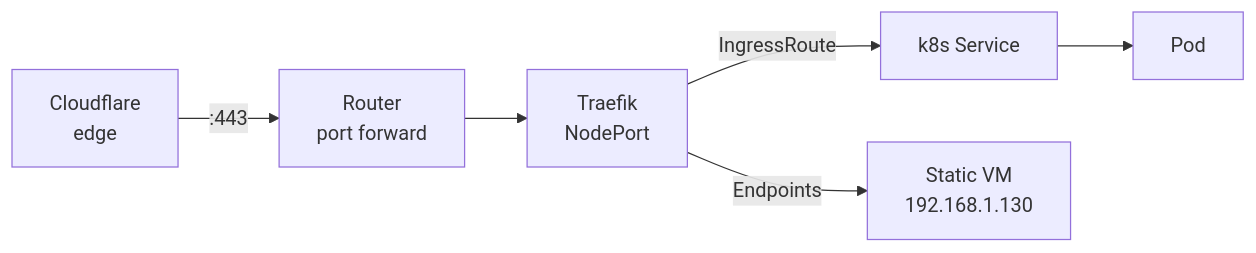
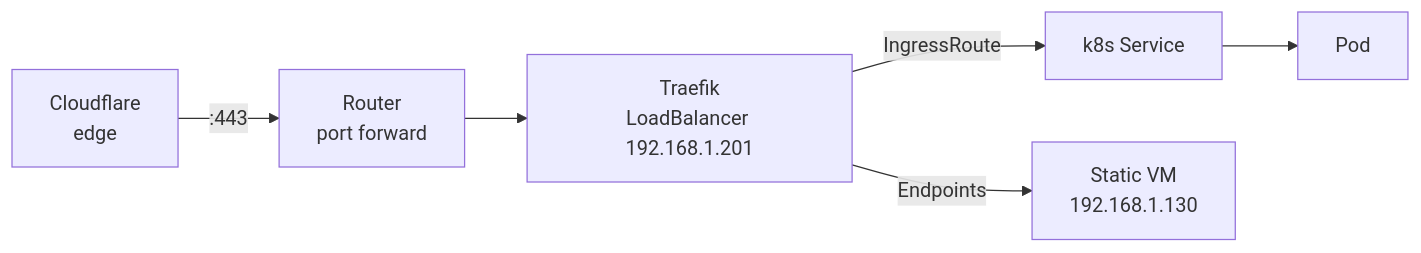
Before and after one commit to Ramphy0x90/r16a-infra: the third of 3 diagrams in kubernetes.md, drawn with Mermaid. The commit also changed other lines of this file and 2 other files, not shown here.

````diff
--- a/kubernetes.md
+++ b/kubernetes.md
@@ -103,8 +103,8 @@
 ```mermaid
 flowchart LR
     CF[Cloudflare<br>edge] -->|:443| R[Router<br>port forward]
-    R --> T[Traefik<br>NodePort]
+    R --> T[Traefik<br>LoadBalancer 192.168.1.201]
     T -->|IngressRoute| SVC[k8s Service]
     SVC --> Pod[Pod]
     T -->|Endpoints| EXT[Static VM<br>192.168.1.130]
 ```
````
